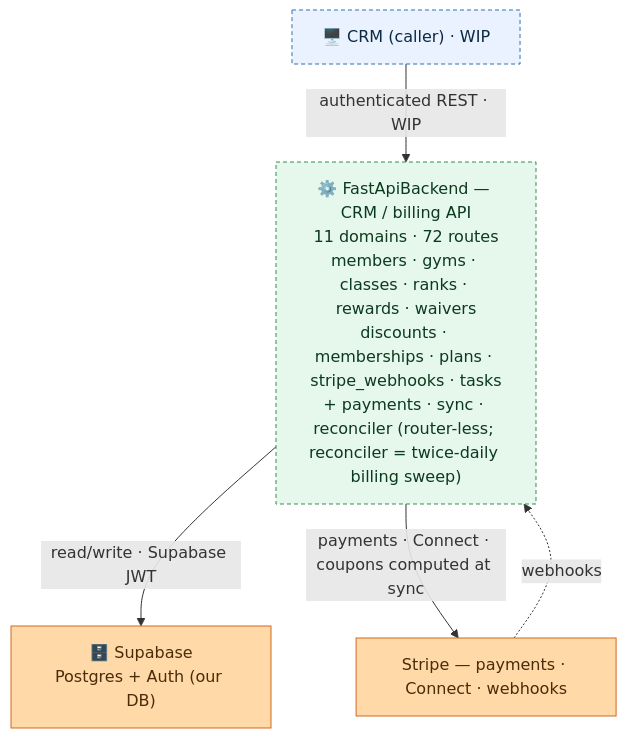
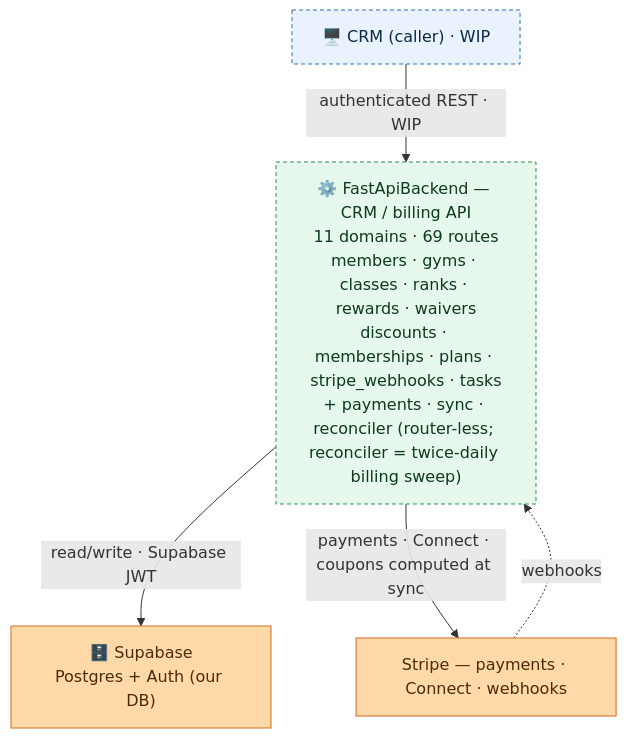
Before and after one commit to jesse51002/CombatDen: the diagram in FastApiBackend/README.md, drawn with Mermaid. The commit also changed other lines of this file and 27 other files, not shown here.

````diff
--- a/FastApiBackend/README.md
+++ b/FastApiBackend/README.md
@@ -15,19 +15,19 @@
 ```mermaid
 flowchart TB
   CRM["🖥️ CRM (caller) · WIP"]
-  FB["⚙️ FastApiBackend — CRM / billing API<br/>11 domains · 72 routes<br/>members · gyms · classes · ranks · rewards · waivers<br/>discounts · memberships · plans · stripe_webhooks · tasks<br/>+ payments · sync · reconciler (router-less; reconciler = twice-daily billing sweep)"]
+  FB["⚙️ FastApiBackend — CRM / billing API<br/>11 domains · 69 routes<br/>members · gyms · classes · ranks · rewards · waivers<br/>discounts · memberships · plans · stripe_webhooks · tasks<br/>+ payments · sync · reconciler (router-less; reconciler = twice-daily billing sweep)"]
   Supabase["🗄️ Supabase<br/>Postgres + Auth (our DB)"]
   Stripe["Stripe — payments · Connect · webhooks"]
   CRM -->|"authenticated REST · WIP"| FB
   FB -->|"read/write · Supabase JWT"| Supabase
   FB -->|"payments · Connect · coupons computed at sync"| Stripe
   Stripe -.->|"webhooks"| FB
   classDef client fill:#eaf2ff,stroke:#2f6fb0,color:#0b2942;
   classDef svc fill:#e6f7ec,stroke:#2f8f53,color:#0c3a1f;
   classDef ext fill:#ffd9a8,stroke:#d2691e,color:#4a2c08;
   class CRM client;
   class FB svc;
   class Supabase,Stripe ext;
   style CRM stroke-dasharray:4 3;
   style FB stroke-dasharray:4 3;
 ```
````
